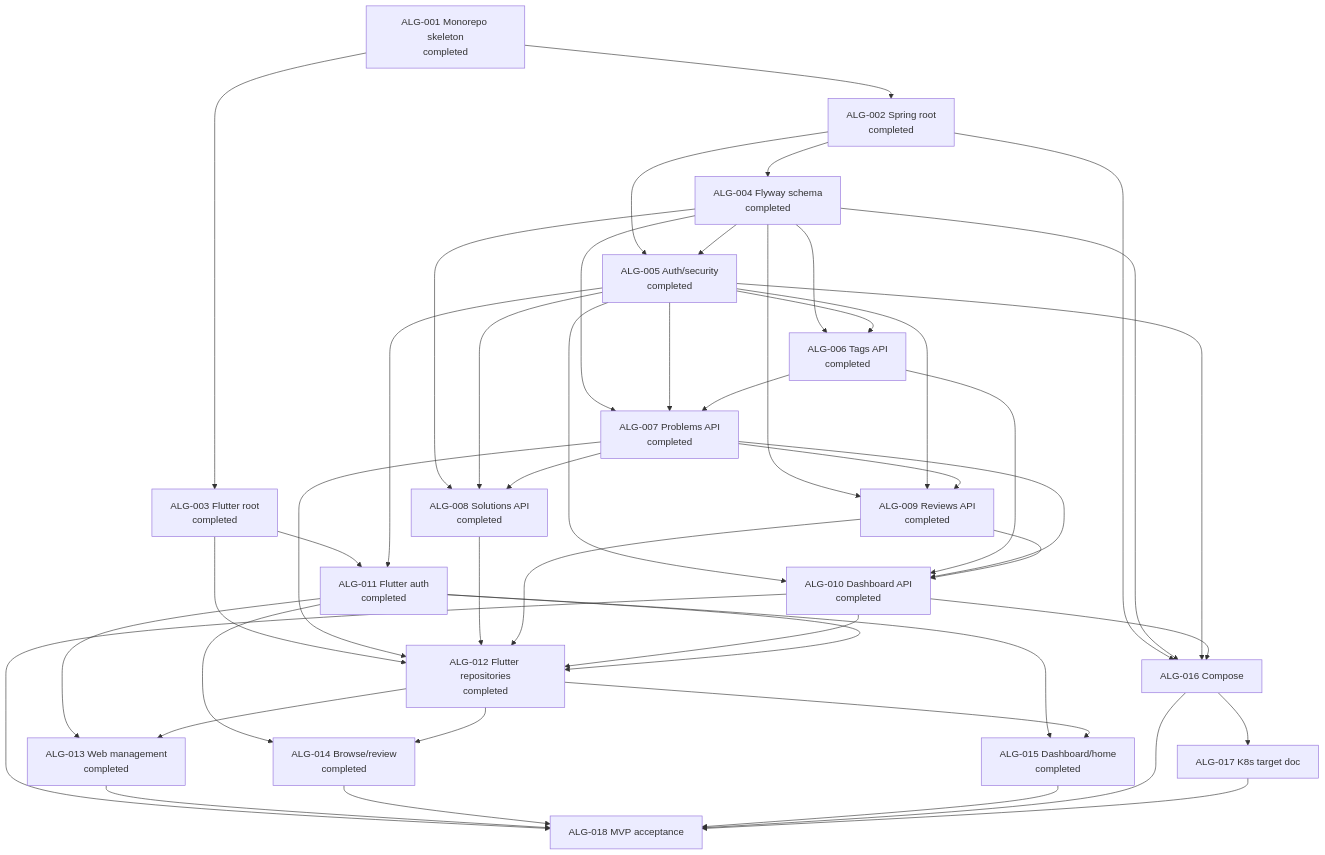
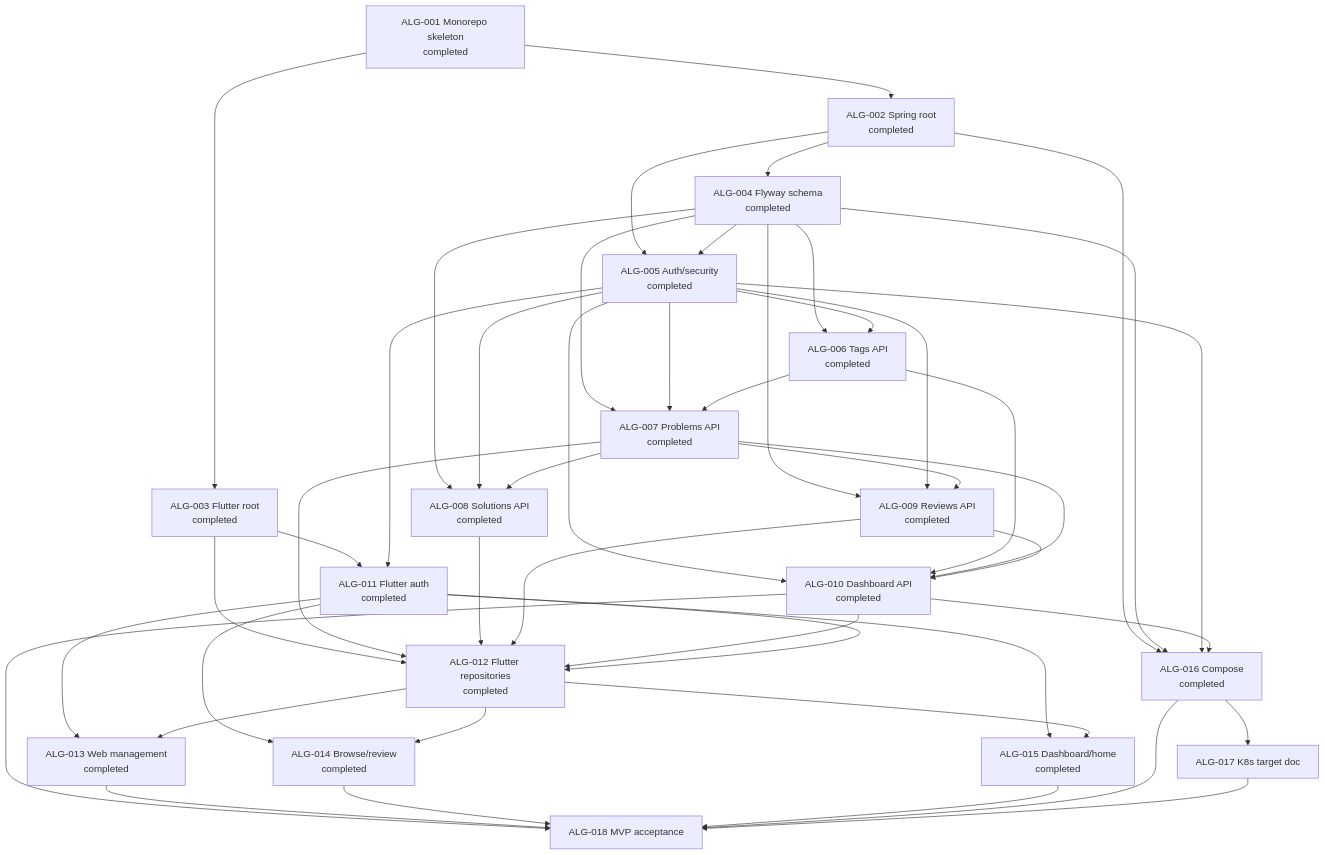
Before and after one commit to allenljf/algorithm-learning: the diagram in agent-workflow/WORK_GRAPH.md, drawn with Mermaid. The commit also changed 14 other files, not shown here.

````diff
--- a/agent-workflow/WORK_GRAPH.md
+++ b/agent-workflow/WORK_GRAPH.md
@@ -3,67 +3,67 @@
 ```mermaid
 flowchart TD
   T1[ALG-001 Monorepo skeleton\ncompleted]
   T2[ALG-002 Spring root\ncompleted]
   T3[ALG-003 Flutter root\ncompleted]
   T4[ALG-004 Flyway schema\ncompleted]
   T5[ALG-005 Auth/security\ncompleted]
   T6[ALG-006 Tags API\ncompleted]
   T7[ALG-007 Problems API\ncompleted]
   T8[ALG-008 Solutions API\ncompleted]
   T9[ALG-009 Reviews API\ncompleted]
   T10[ALG-010 Dashboard API\ncompleted]
   T11[ALG-011 Flutter auth\ncompleted]
   T12[ALG-012 Flutter repositories\ncompleted]
   T13[ALG-013 Web management\ncompleted]
   T14[ALG-014 Browse/review\ncompleted]
   T15[ALG-015 Dashboard/home\ncompleted]
-  T16[ALG-016 Compose]
+  T16[ALG-016 Compose\ncompleted]
   T17[ALG-017 K8s target doc]
   T18[ALG-018 MVP acceptance]
 
   T1 --> T2
   T1 --> T3
   T2 --> T4
   T2 --> T5
   T4 --> T5
   T4 --> T6
   T5 --> T6
   T4 --> T7
   T5 --> T7
   T6 --> T7
   T4 --> T8
   T5 --> T8
   T7 --> T8
   T4 --> T9
   T5 --> T9
   T7 --> T9
   T5 --> T10
   T6 --> T10
   T7 --> T10
   T9 --> T10
   T3 --> T11
   T5 --> T11
   T3 --> T12
   T7 --> T12
   T8 --> T12
   T9 --> T12
   T10 --> T12
   T11 --> T12
   T11 --> T13
   T12 --> T13
   T11 --> T14
   T12 --> T14
   T11 --> T15
   T12 --> T15
   T2 --> T16
   T4 --> T16
   T5 --> T16
   T10 --> T16
   T16 --> T17
   T10 --> T18
   T13 --> T18
   T14 --> T18
   T15 --> T18
   T16 --> T18
   T17 --> T18
 ```
````
